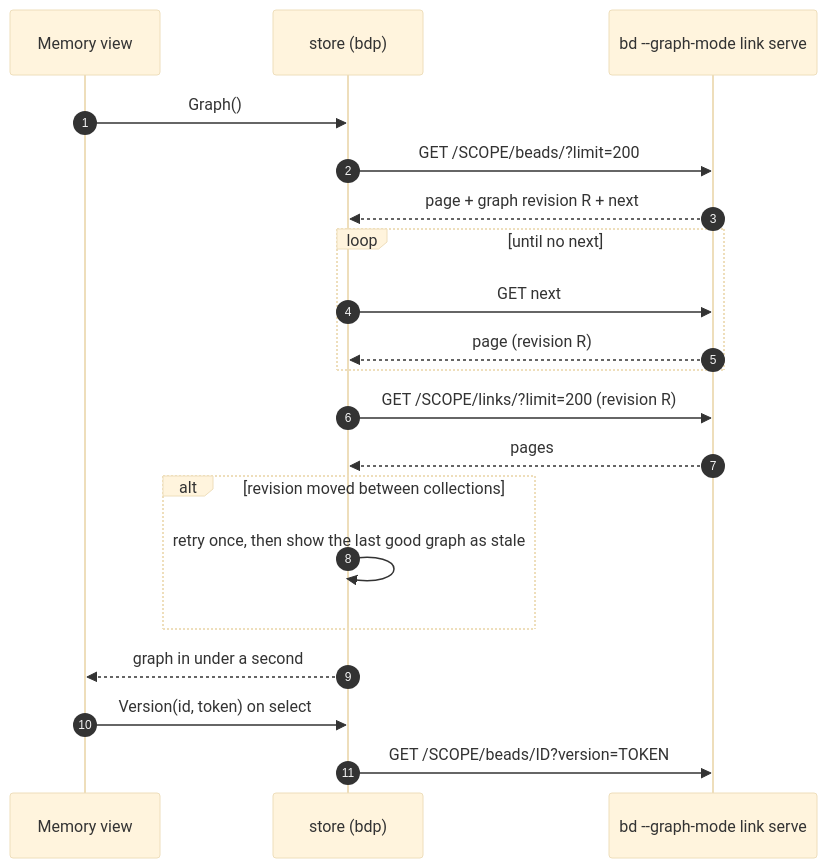
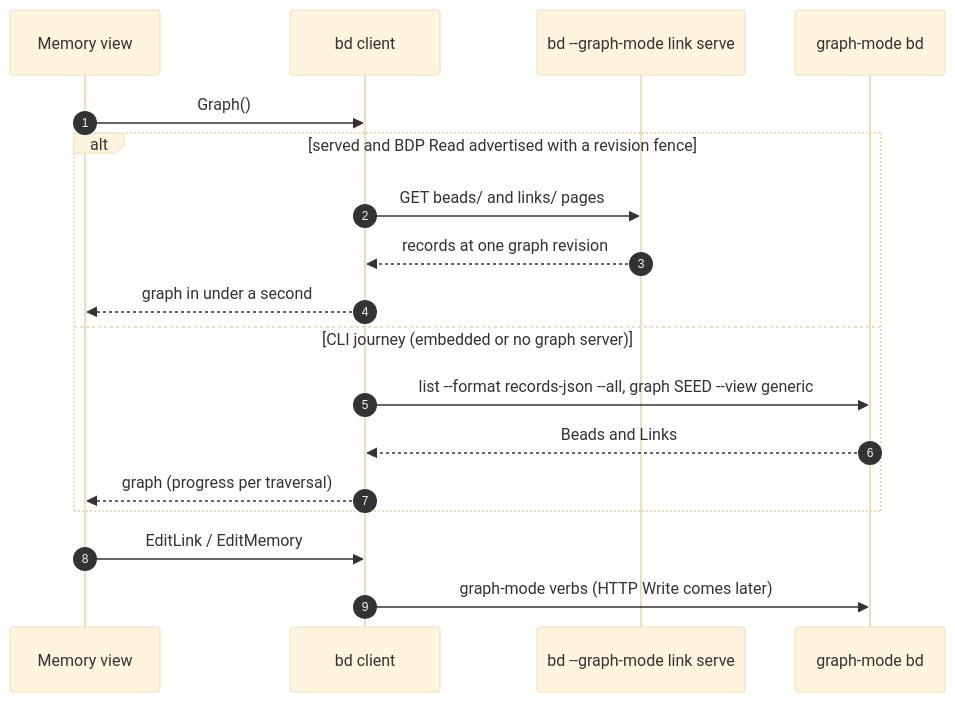
The eighth of 8 diagrams in docs/plans/2026-10-14-data-io-target-state.md (vanderheijden86/b9s), drawn with Mermaid (base theme) before and after one commit. The commit also changed other lines of this file, not shown here.

First line of the commit message:
docs(plans): redesign the data IO target state around bd's client doors

````diff
--- a/docs/plans/2026-10-14-data-io-target-state.md
+++ b/docs/plans/2026-10-14-data-io-target-state.md
@@ -297,22 +329,20 @@
 ```mermaid
 sequenceDiagram
     autonumber
     participant V as Memory view
-    participant S as store (bdp)
-    participant BD as bd --graph-mode link serve
-    V->>S: Graph()
-    S->>BD: GET /SCOPE/beads/?limit=200
-    BD-->>S: page + graph revision R + next
-    loop until no next
-        S->>BD: GET next
-        BD-->>S: page (revision R)
+    participant C as bd client
+    participant BDP as bd --graph-mode link serve
+    participant CLI as graph-mode bd
+    V->>C: Graph()
+    alt served and BDP Read advertised with a revision fence
+        C->>BDP: GET beads/ and links/ pages
+        BDP-->>C: records at one graph revision
+        C-->>V: graph in under a second
+    else CLI journey (embedded or no graph server)
+        C->>CLI: list --format records-json --all, graph SEED --view generic
+        CLI-->>C: Beads and Links
+        C-->>V: graph (progress per traversal)
     end
-    S->>BD: GET /SCOPE/links/?limit=200 (revision R)
-    BD-->>S: pages
-    alt revision moved between collections
-        S->>S: retry once, then show the last good graph as stale
-    end
-    S-->>V: graph in under a second
-    V->>S: Version(id, token) on select
-    S->>BD: GET /SCOPE/beads/ID?version=TOKEN
+    V->>C: EditLink / EditMemory
+    C->>CLI: graph-mode verbs (HTTP Write comes later)
 ```
````
